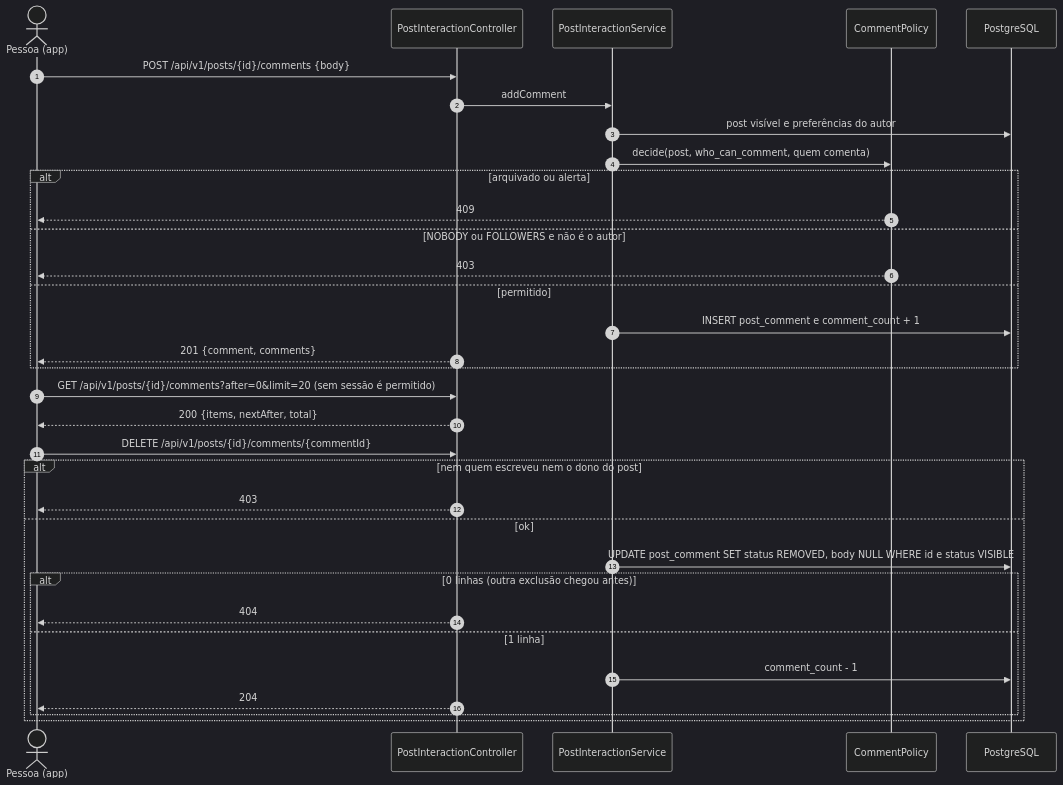
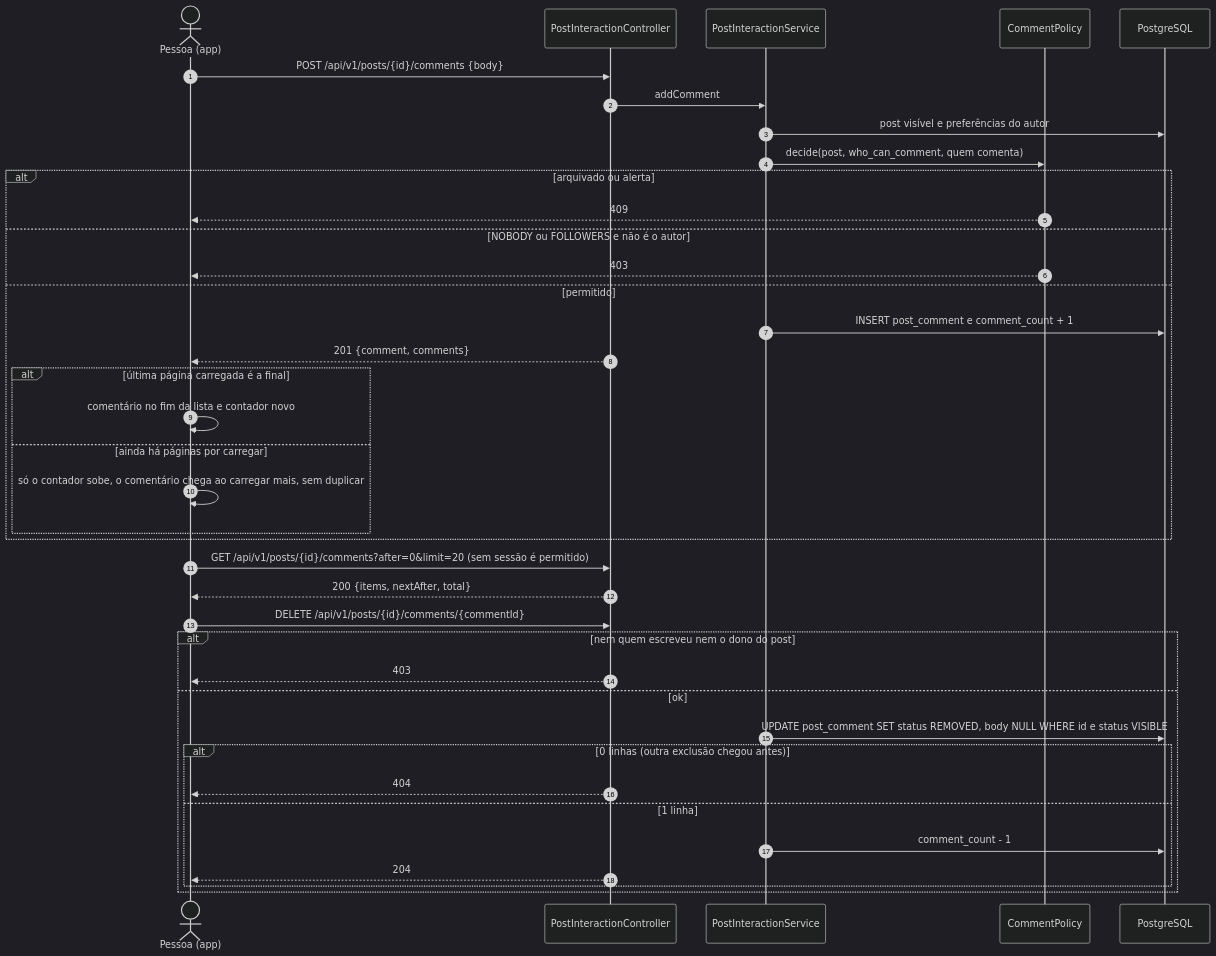
The second of 3 diagrams in docs/RF12/sequencia.md (MatheusHaliski/Friendly-Eats), drawn with Mermaid (dark theme) before and after one commit. The commit also changed 3 other files, not shown here.

First line of the commit message:
App web: comentário novo não duplica quando há páginas por carregar (RF12)

````diff
--- a/docs/RF12/sequencia.md
+++ b/docs/RF12/sequencia.md
@@ -41,36 +41,41 @@
 ```mermaid
 sequenceDiagram
     autonumber
     actor U as Pessoa (app)
     participant API as PostInteractionController
     participant S as PostInteractionService
     participant P as CommentPolicy
     participant DB as PostgreSQL
 
     U->>API: POST /api/v1/posts/{id}/comments {body}
     API->>S: addComment
     S->>DB: post visível e preferências do autor
     S->>P: decide(post, who_can_comment, quem comenta)
     alt arquivado ou alerta
         P-->>U: 409
     else NOBODY ou FOLLOWERS e não é o autor
         P-->>U: 403
     else permitido
         S->>DB: INSERT post_comment e comment_count + 1
         API-->>U: 201 {comment, comments}
+        alt última página carregada é a final
+            U->>U: comentário no fim da lista e contador novo
+        else ainda há páginas por carregar
+            U->>U: só o contador sobe, o comentário chega ao carregar mais, sem duplicar
+        end
     end
     U->>API: GET /api/v1/posts/{id}/comments?after=0&limit=20 (sem sessão é permitido)
     API-->>U: 200 {items, nextAfter, total}
     U->>API: DELETE /api/v1/posts/{id}/comments/{commentId}
     alt nem quem escreveu nem o dono do post
         API-->>U: 403
     else ok
         S->>DB: UPDATE post_comment SET status REMOVED, body NULL WHERE id e status VISIBLE
         alt 0 linhas (outra exclusão chegou antes)
             API-->>U: 404
         else 1 linha
             S->>DB: comment_count - 1
             API-->>U: 204
         end
     end
 ```
````
